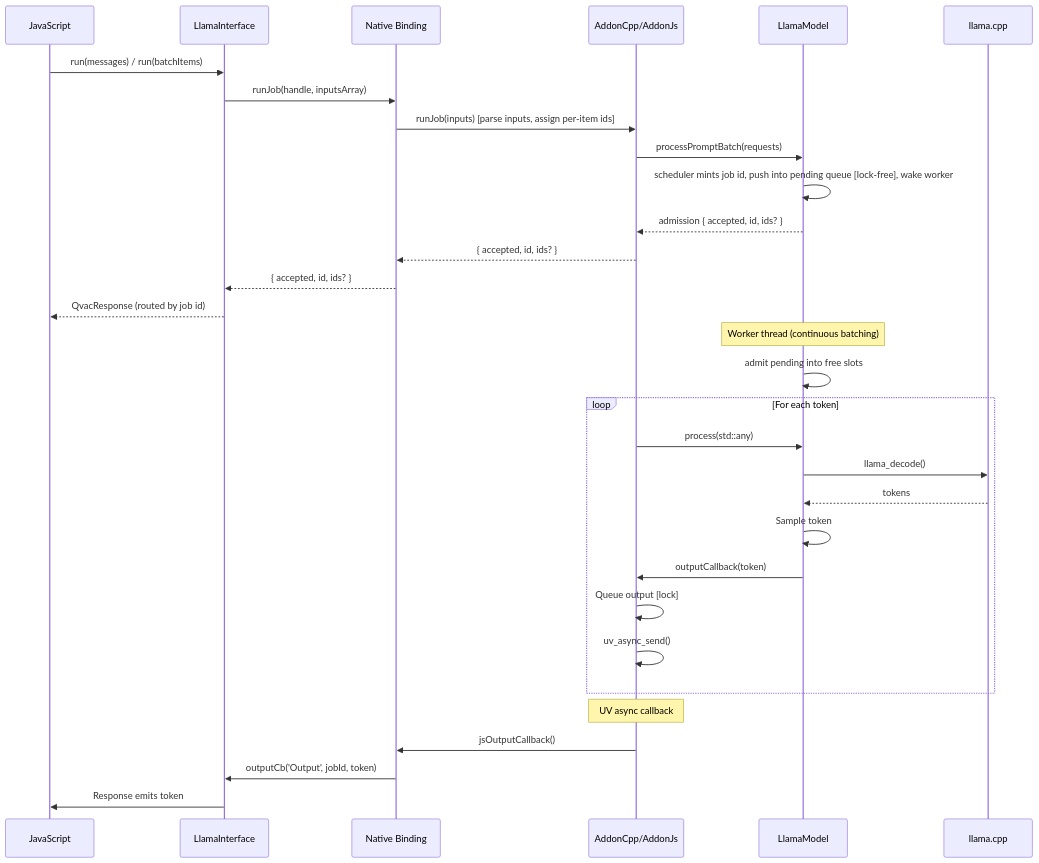
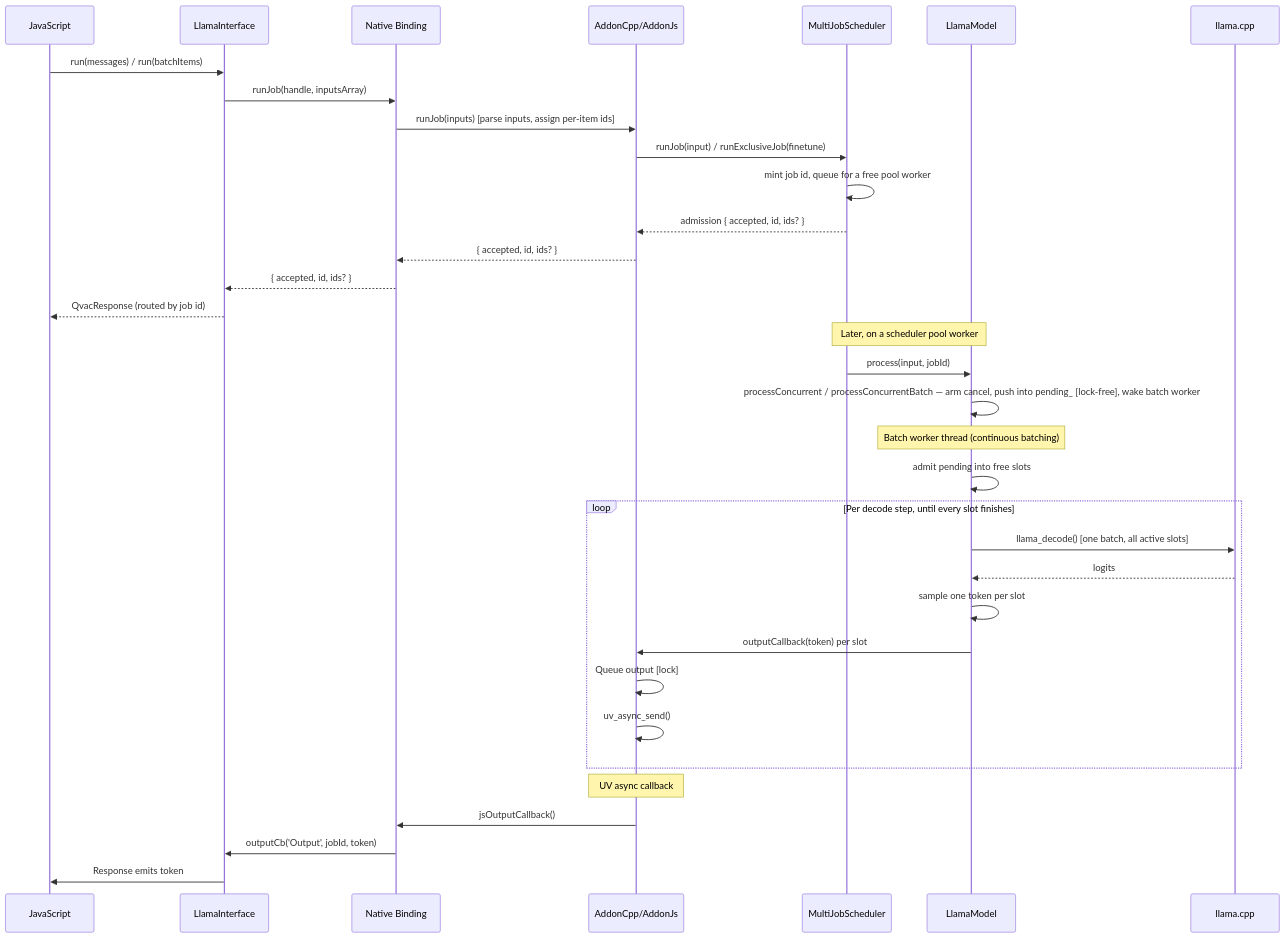
One commit to tetherto/qvac changed the fourth of 4 diagrams in packages/llm-llamacpp/docs/architecture.md. Above: the diagram before and after it, drawn with Mermaid. The commit also changed other lines of this file and 5 other files, not shown here.

````diff
--- a/packages/llm-llamacpp/docs/architecture.md
+++ b/packages/llm-llamacpp/docs/architecture.md
@@ -487,37 +487,41 @@
 ```mermaid
 sequenceDiagram
     participant JS as JavaScript
     participant IF as LlamaInterface
     participant Bind as Native Binding
     participant Addon as AddonCpp/AddonJs
+    participant Sched as MultiJobScheduler
     participant Model as LlamaModel
     participant Llama as llama.cpp
     
     JS->>IF: run(messages) / run(batchItems)
     IF->>Bind: runJob(handle, inputsArray)
     Bind->>Addon: runJob(inputs) [parse inputs, assign per-item ids]
-    Addon->>Model: processPromptBatch(requests)
-    Model->>Model: scheduler mints job id, push into pending queue [lock-free], wake worker
-    Model-->>Addon: admission { accepted, id, ids? }
+    Addon->>Sched: runJob(input) / runExclusiveJob(finetune)
+    Sched->>Sched: mint job id, queue for a free pool worker
+    Sched-->>Addon: admission { accepted, id, ids? }
     Addon-->>Bind: { accepted, id, ids? }
     Bind-->>IF: { accepted, id, ids? }
     IF-->>JS: QvacResponse (routed by job id)
     
-    Note over Model: Worker thread (continuous batching)
+    Note over Sched,Model: Later, on a scheduler pool worker
+    Sched->>Model: process(input, jobId)
+    Model->>Model: processConcurrent / processConcurrentBatch — arm cancel, push into pending_ [lock-free], wake batch worker
+    
+    Note over Model: Batch worker thread (continuous batching)
     Model->>Model: admit pending into free slots
     
-    loop For each token
-        Addon->>Model: process(std::any)
-        Model->>Llama: llama_decode()
-        Llama-->>Model: tokens
-        Model->>Model: Sample token
-        Model->>Addon: outputCallback(token)
+    loop Per decode step, until every slot finishes
+        Model->>Llama: llama_decode() [one batch, all active slots]
+        Llama-->>Model: logits
+        Model->>Model: sample one token per slot
+        Model->>Addon: outputCallback(token) per slot
         Addon->>Addon: Queue output [lock]
         Addon->>Addon: uv_async_send()
     end
     
     Note over Addon: UV async callback
     Addon->>Bind: jsOutputCallback()
     Bind->>IF: outputCb('Output', jobId, token)
     IF->>JS: Response emits token
 ```
````
